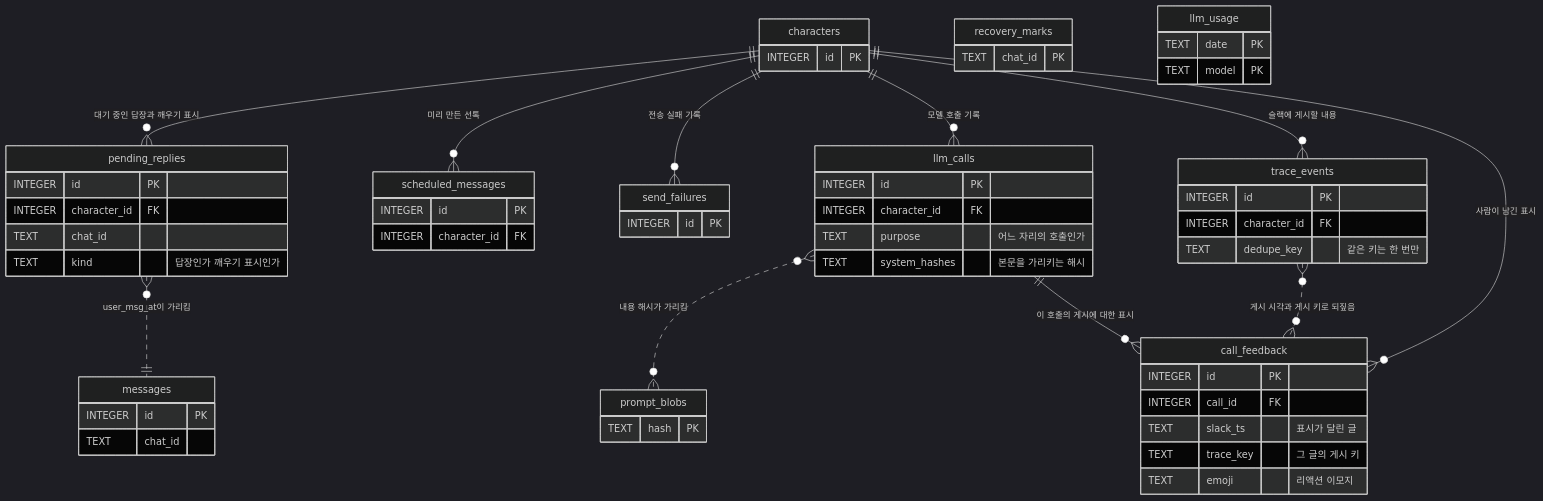
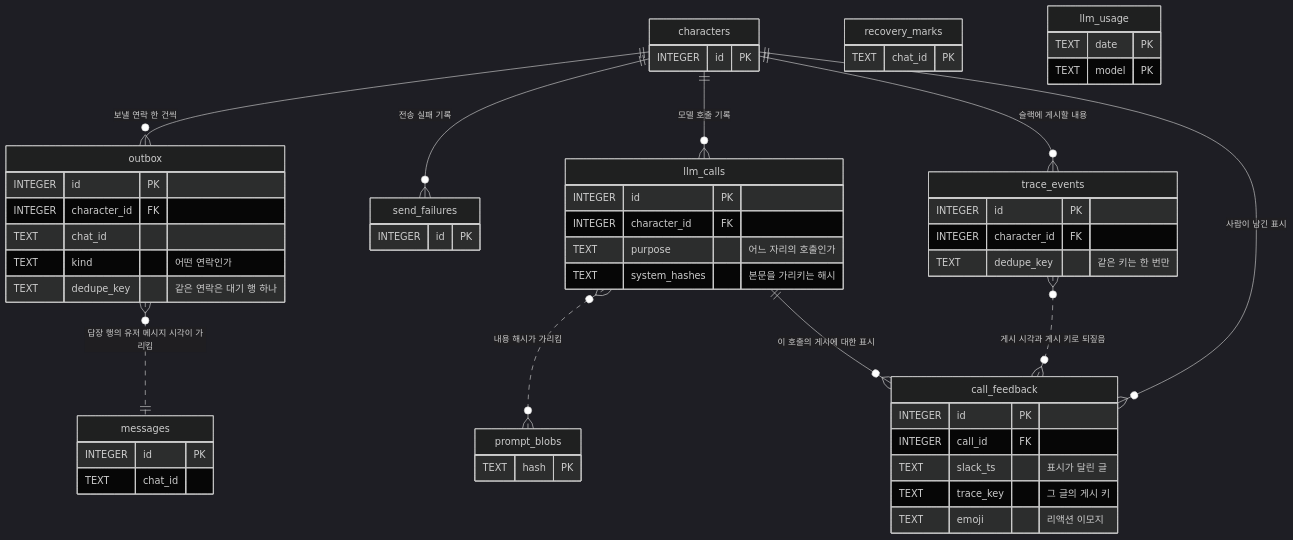
The third of 3 diagrams in erd.md (hyewon3938/random-ai-companion), drawn with Mermaid (dark theme) before and after one commit. The commit also changed other lines of this file and 4 other files, not shown here.

````diff
--- a/erd.md
+++ b/erd.md
@@ -484,62 +484,58 @@
 ```mermaid
 erDiagram
-    characters ||--o{ pending_replies : "대기 중인 답장과 깨우기 표시"
-    characters ||--o{ scheduled_messages : "미리 만든 선톡"
+    characters ||--o{ outbox : "보낼 연락 한 건씩"
     characters ||--o{ send_failures : "전송 실패 기록"
     characters ||--o{ llm_calls : "모델 호출 기록"
     characters ||--o{ trace_events : "슬랙에 게시할 내용"
     characters ||--o{ call_feedback : "사람이 남긴 표시"
-    pending_replies }o..|| messages : "user_msg_at이 가리킴"
+    outbox }o..|| messages : "답장 행의 유저 메시지 시각이 가리킴"
     llm_calls }o..o{ prompt_blobs : "내용 해시가 가리킴"
     llm_calls ||--o{ call_feedback : "이 호출의 게시에 대한 표시"
     trace_events }o..o{ call_feedback : "게시 시각과 게시 키로 되짚음"
 
     characters {
         INTEGER id PK
     }
     messages {
         INTEGER id PK
         TEXT chat_id
     }
-    pending_replies {
+    outbox {
         INTEGER id PK
         INTEGER character_id FK
         TEXT chat_id
-        TEXT kind "답장인가 깨우기 표시인가"
-    }
-    scheduled_messages {
-        INTEGER id PK
-        INTEGER character_id FK
+        TEXT kind "어떤 연락인가"
+        TEXT dedupe_key "같은 연락은 대기 행 하나"
     }
     recovery_marks {
         TEXT chat_id PK
     }
     send_failures {
         INTEGER id PK
     }
     llm_usage {
         TEXT date PK
         TEXT model PK
     }
     llm_calls {
         INTEGER id PK
         INTEGER character_id FK
         TEXT purpose "어느 자리의 호출인가"
         TEXT system_hashes "본문을 가리키는 해시"
     }
     prompt_blobs {
         TEXT hash PK
     }
     trace_events {
         INTEGER id PK
         INTEGER character_id FK
         TEXT dedupe_key "같은 키는 한 번만"
     }
     call_feedback {
         INTEGER id PK
         INTEGER call_id FK
         TEXT slack_ts "표시가 달린 글"
         TEXT trace_key "그 글의 게시 키"
         TEXT emoji "리액션 이모지"
     }
 ```
````
